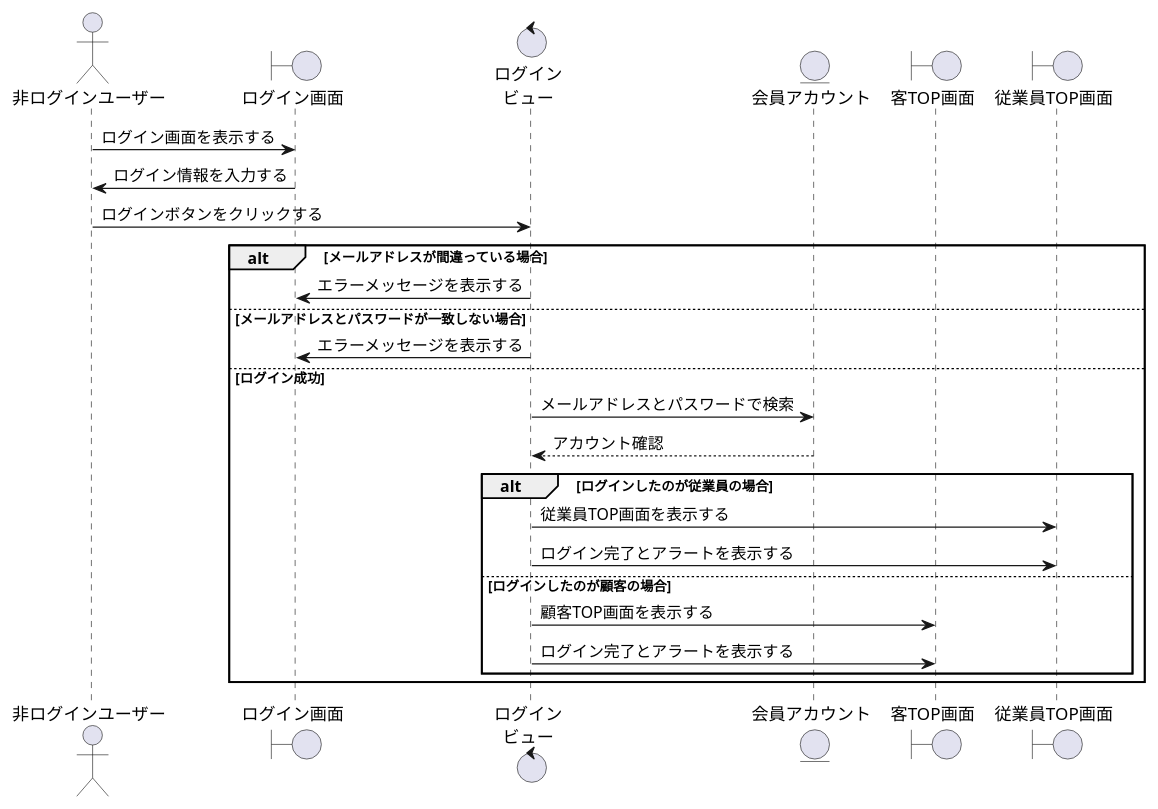
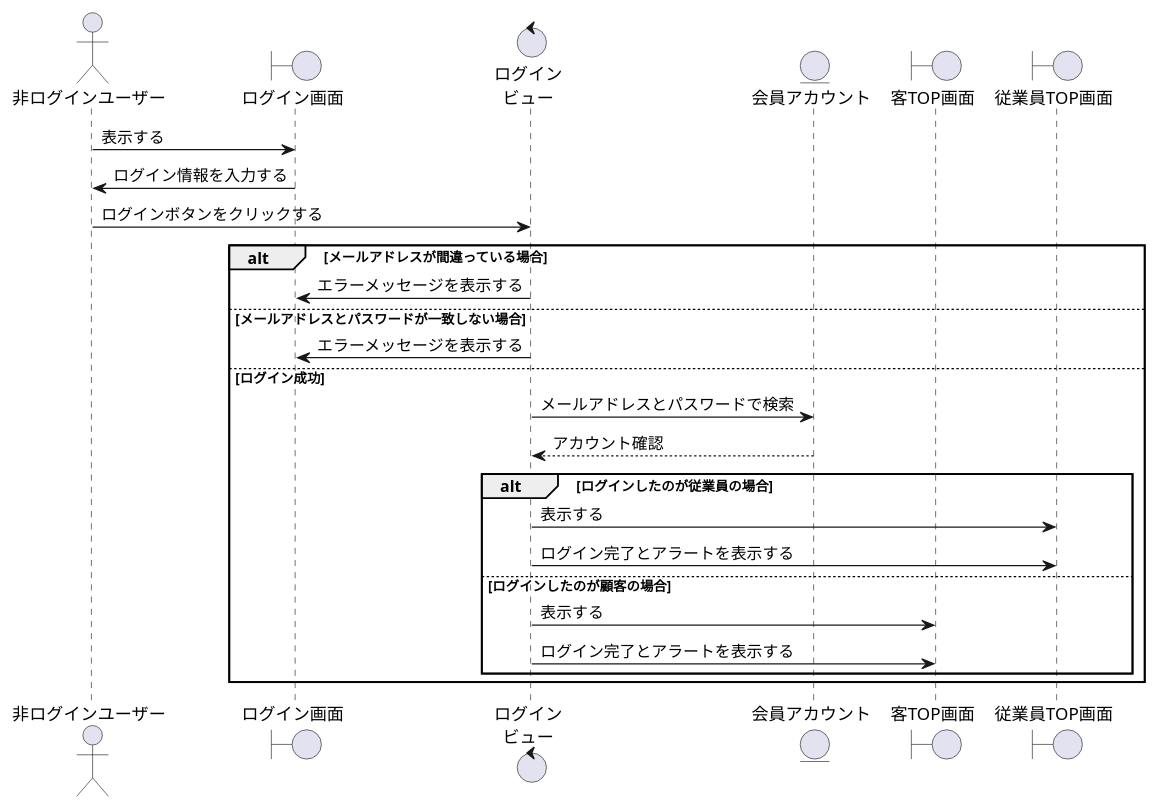
The diagram in BBショップ/ログイン.wsd (ysyk-wtnb16/team_D), drawn with PlantUML before and after one commit.

Commit message:
修正

```diff
--- a/BBショップ/ログイン.wsd
+++ b/BBショップ/ログイン.wsd
@@ -1,31 +1,31 @@
 @startuml login
 actor "非ログインユーザー" as nonlogin
 boundary "ログイン画面" as log
 control "ログイン\nビュー" as logv
 entity "会員アカウント" as account
 boundary "客TOP画面" as kyaku_top
 boundary "従業員TOP画面" as juugyouin_top
  
-nonlogin -> log: ログイン画面を表示する
+nonlogin -> log: 表示する
 
 nonlogin <- log: ログイン情報を入力する
 
 nonlogin -> logv: ログインボタンをクリックする
  
 alt メールアドレスが間違っている場合
     logv -> log: エラーメッセージを表示する
 else メールアドレスとパスワードが一致しない場合
     logv -> log: エラーメッセージを表示する
 else ログイン成功
 
     logv -> account: メールアドレスとパスワードで検索
     account --> logv: アカウント確認
     alt ログインしたのが従業員の場合
-        logv -> juugyouin_top: 従業員TOP画面を表示する
+        logv -> juugyouin_top: 表示する
         logv -> juugyouin_top:ログイン完了とアラートを表示する
     else ログインしたのが顧客の場合
-        logv -> kyaku_top: 顧客TOP画面を表示する
+        logv -> kyaku_top: 表示する
         logv -> kyaku_top:ログイン完了とアラートを表示する
     end
 end
 @enduml
```
